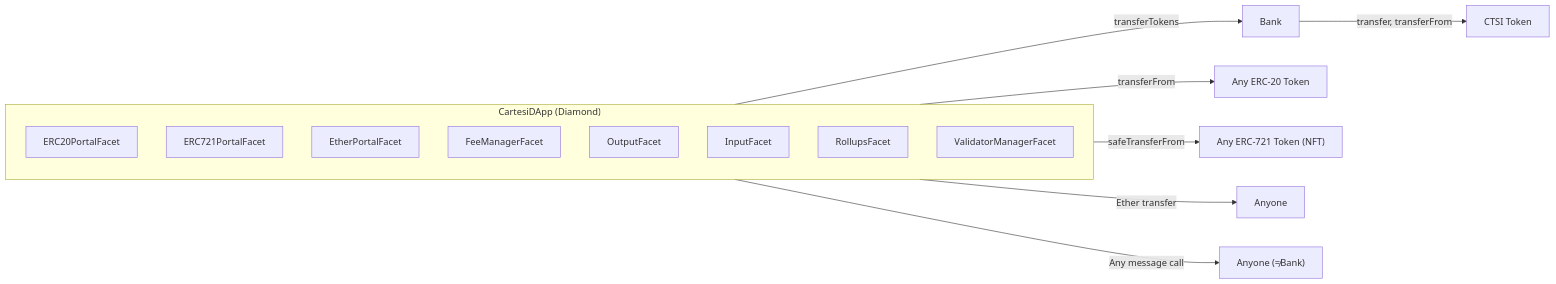
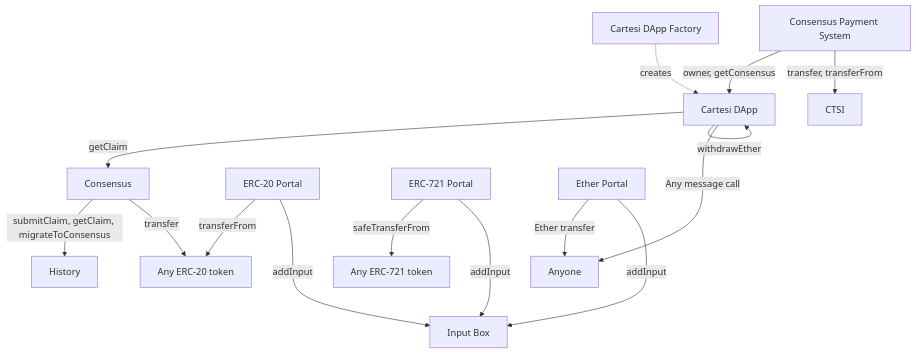
The diagram in README.md (dapp-dragonxmlp09/rollups-contracts), drawn with Mermaid before and after one commit.

Commit message:
Update diagram in README

````diff
--- a/README.md
+++ b/README.md
@@ -28,23 +28,21 @@
 ```mermaid
-graph LR
-    subgraph "CartesiDApp (Diamond)"
-        direction TB
-        ERC20PortalFacet
-        ERC721PortalFacet
-        EtherPortalFacet
-        FeeManagerFacet
-        OutputFacet
-        InputFacet
-        RollupsFacet
-        ValidatorManagerFacet
-    end
-    Bank -- transfer, transferFrom --> CTSI["CTSI Token"]
-    ERC20PortalFacet -- transferFrom --> ERC20["Any ERC-20 Token"]
-    ERC721PortalFacet -- safeTransferFrom --> ERC721["Any ERC-721 Token (NFT)"]
-    EtherPortalFacet -- Ether transfer --> Anyone
-    FeeManagerFacet -- transferTokens --> Bank
-    OutputFacet -- "Any message call" --> AnyoneButBank["Anyone (#ne;Bank)"]
+graph TD
+    InputBox[Input Box]
+    CartesiDApp[Cartesi DApp] -- getClaim --> Consensus
+    CartesiDApp -- "Any message call" ---> Anyone
+    CartesiDApp -- withdrawEther --> CartesiDApp
+    CartesiDAppFactory[Cartesi DApp Factory] -. creates .-> CartesiDApp
+    Consensus -- submitClaim, getClaim, migrateToConsensus --> History
+    Consensus -- transfer --> ERC20
+    CPS[Consensus Payment System] -- owner, getConsensus --> CartesiDApp
+    CPS -- transfer, transferFrom --> CTSI
+    ERC20Portal[ERC-20 Portal] -- transferFrom --> ERC20[Any ERC-20 token]
+    ERC20Portal -- addInput ---> InputBox
+    ERC721Portal[ERC-721 Portal] -- safeTransferFrom --> ERC721[Any ERC-721 token]
+    ERC721Portal -- addInput ---> InputBox
+    EtherPortal[Ether Portal] -- "Ether transfer" --> Anyone
+    EtherPortal -- addInput ---> InputBox
     click ERC20 href "https://eips.ethereum.org/EIPS/eip-20"
     click ERC721 href "https://eips.ethereum.org/EIPS/eip-721"
     click CTSI href "https://cartesi.io/en/ctsi-token"
 ```
````
